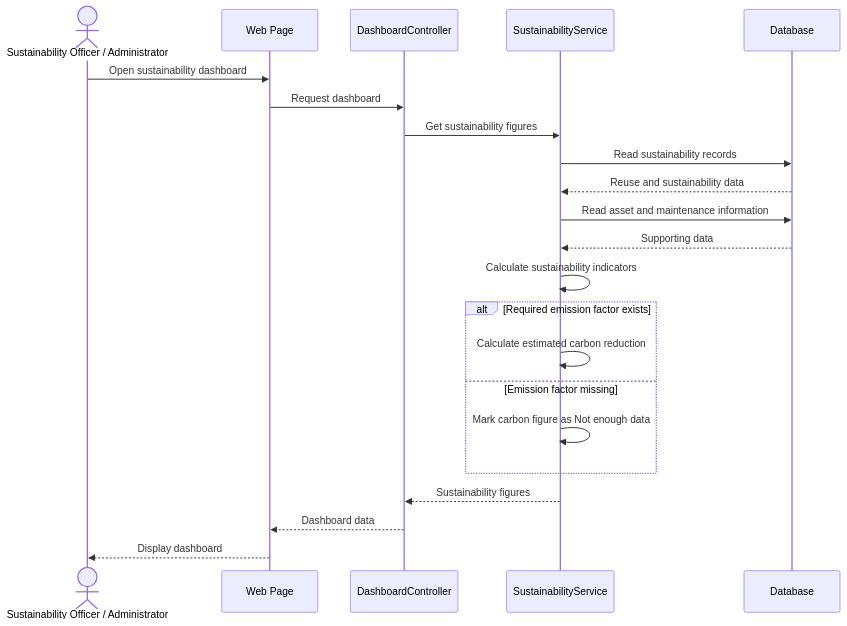
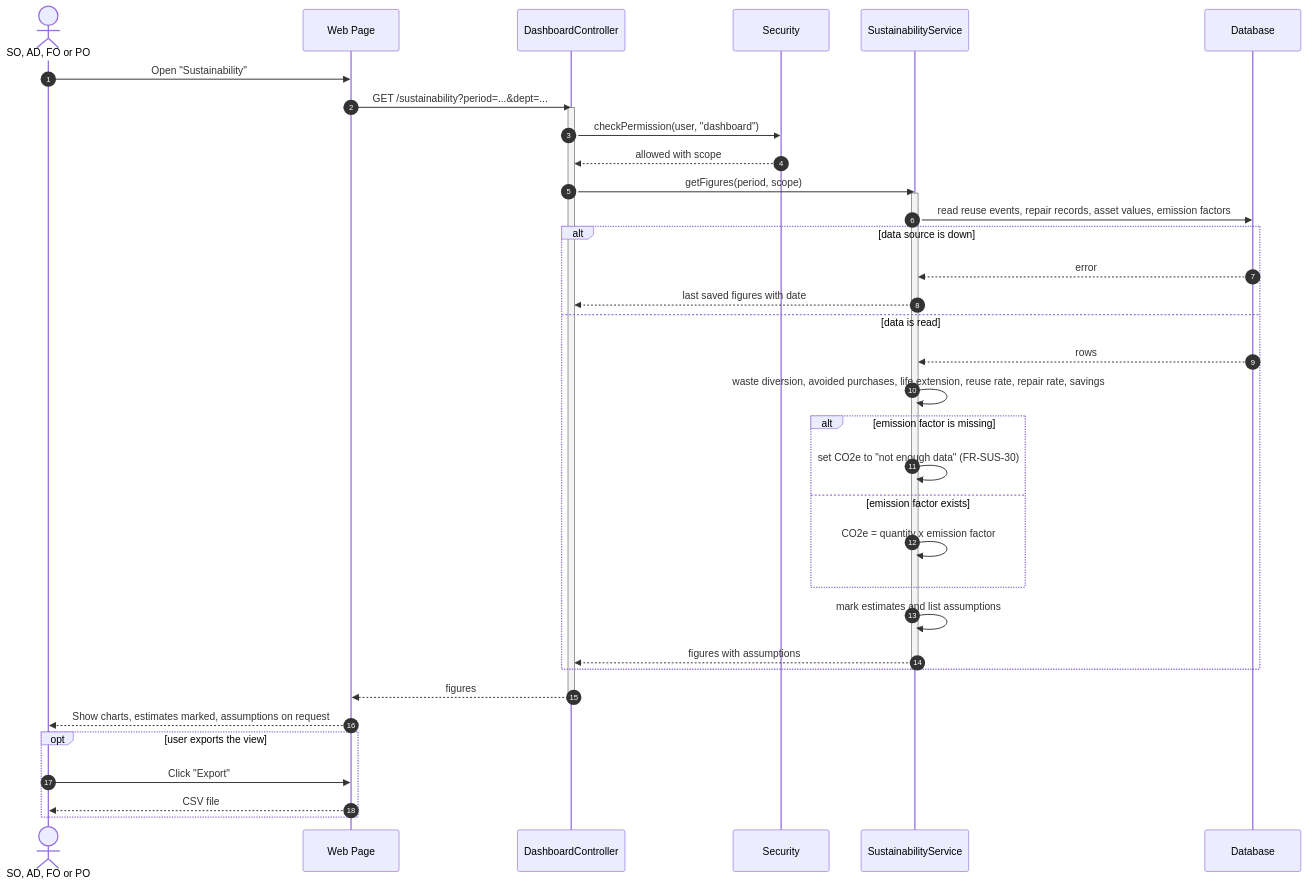
Before and after one commit to Abdulla66541/COSC336-GROUP5: the sixth of 12 diagrams in phase 4-5/04_part4_ai_and_sustainability.md, drawn with Mermaid. The commit also changed other lines of this file, not shown here.

````diff
--- a/phase 4-5/04_part4_ai_and_sustainability.md
+++ b/phase 4-5/04_part4_ai_and_sustainability.md
@@ -331,27 +309,47 @@
 ```mermaid
 sequenceDiagram
-    actor U as Sustainability Officer / Administrator
+    autonumber
+    actor U as SO, AD, FO or PO
     participant UI as Web Page
-    participant DC as DashboardController
-    participant SS as SustainabilityService
+    participant DashboardController
+    participant Security
+    participant SustainabilityService
     participant DB as Database
 
-    U->>UI: Open sustainability dashboard
-    UI->>DC: Request dashboard
-    DC->>SS: Get sustainability figures
-    SS->>DB: Read sustainability records
-    DB-->>SS: Reuse and sustainability data
-    SS->>DB: Read asset and maintenance information
-    DB-->>SS: Supporting data
-    SS->>SS: Calculate sustainability indicators
+    U->>UI: Open "Sustainability"
+    UI->>DashboardController: GET /sustainability?period=...&dept=...
+    activate DashboardController
+    DashboardController->>Security: checkPermission(user, "dashboard")
+    Security-->>DashboardController: allowed with scope
+    DashboardController->>SustainabilityService: getFigures(period, scope)
+    activate SustainabilityService
+    SustainabilityService->>DB: read reuse events, repair records, asset values, emission factors
 
-    alt Required emission factor exists
-        SS->>SS: Calculate estimated carbon reduction
-    else Emission factor missing
-        SS->>SS: Mark carbon figure as Not enough data
+    alt data source is down
+        DB-->>SustainabilityService: error
+        SustainabilityService-->>DashboardController: last saved figures with date
+
+    else data is read
+        DB-->>SustainabilityService: rows
+        SustainabilityService->>SustainabilityService: waste diversion, avoided purchases, life extension, reuse rate, repair rate, savings
+
+        alt emission factor is missing
+            SustainabilityService->>SustainabilityService: set CO2e to "not enough data" (FR-SUS-30)
+        else emission factor exists
+            SustainabilityService->>SustainabilityService: CO2e = quantity x emission factor
+        end
+
+        SustainabilityService->>SustainabilityService: mark estimates and list assumptions
+        SustainabilityService-->>DashboardController: figures with assumptions
     end
 
-    SS-->>DC: Sustainability figures
-    DC-->>UI: Dashboard data
-    UI-->>U: Display dashboard
+    deactivate SustainabilityService
+    DashboardController-->>UI: figures
+    deactivate DashboardController
+    UI-->>U: Show charts, estimates marked, assumptions on request
+
+    opt user exports the view
+        U->>UI: Click "Export"
+        UI-->>U: CSV file
+    end
 ```
````
